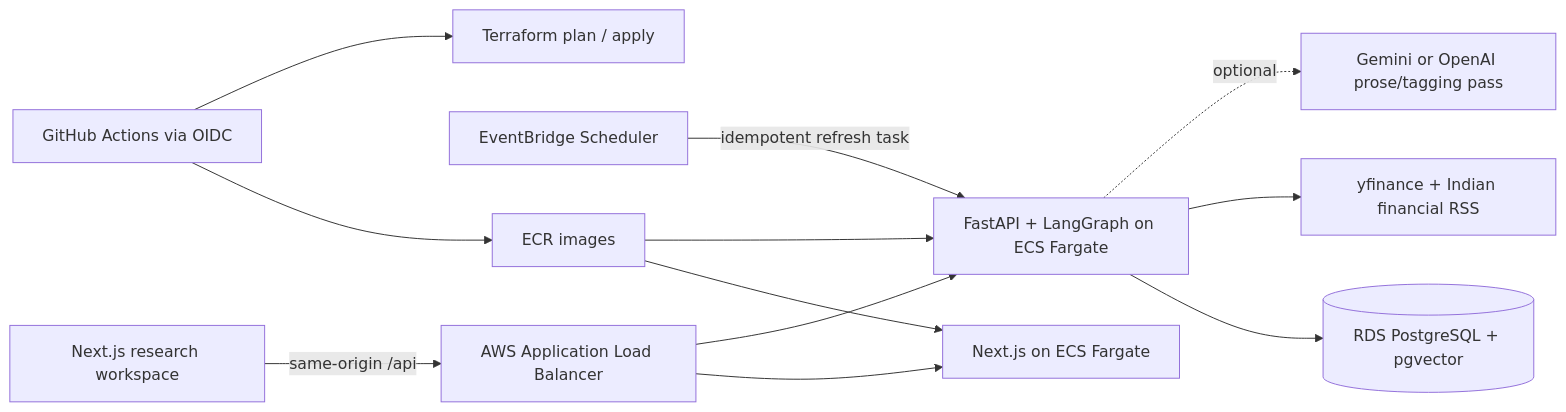
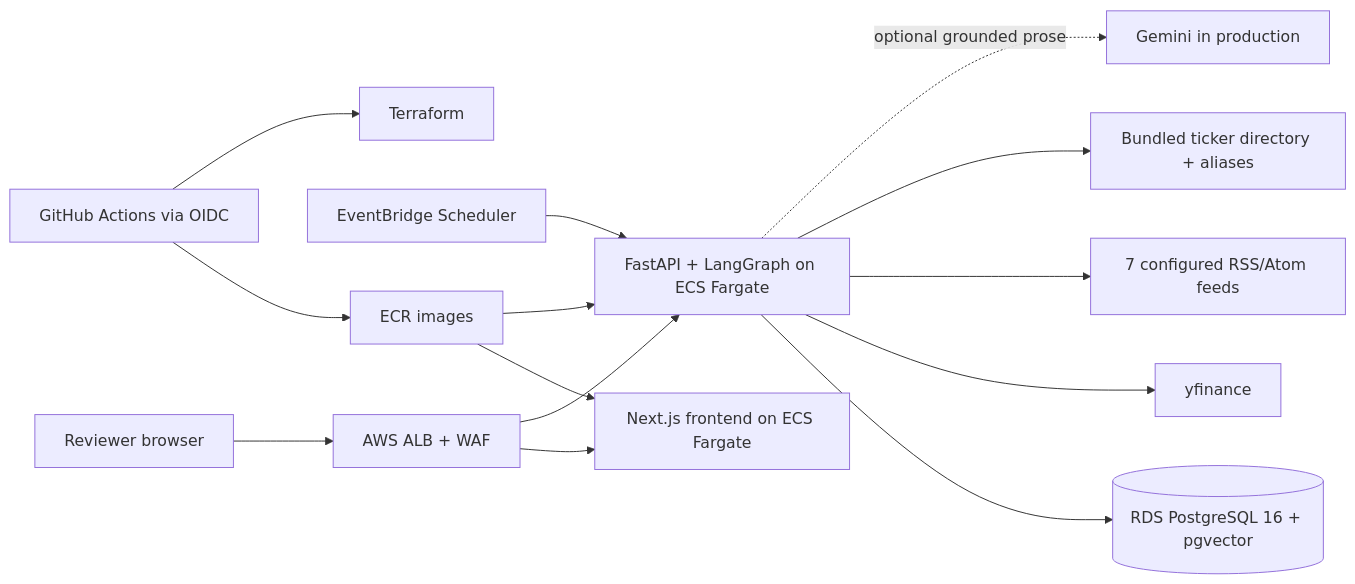
The diagram in README.md (palani1492/artha-indian-equity-analyst), drawn with Mermaid before and after one commit. The commit also changed other lines of this file and 1 other file, not shown here.

Commit message:
docs: align reviewer guide with deployed system

````diff
--- a/README.md
+++ b/README.md
@@ -55,14 +35,16 @@
 ```mermaid
 flowchart LR
-  Browser["Next.js research workspace"] -->|"same-origin /api"| ALB["AWS Application Load Balancer"]
-  ALB --> Web["Next.js on ECS Fargate"]
-  ALB --> API["FastAPI + LangGraph on ECS Fargate"]
-  API --> DB[("RDS PostgreSQL + pgvector")]
-  API --> Sources["yfinance + Indian financial RSS"]
-  API -. optional .-> AI["Gemini or OpenAI prose/tagging pass"]
-  Scheduler["EventBridge Scheduler"] -->|"idempotent refresh task"| API
-  GHA["GitHub Actions via OIDC"] --> ECR["ECR images"]
-  GHA --> Terraform["Terraform plan / apply"]
-  ECR --> Web
+  U[Reviewer browser] --> ALB[AWS ALB + WAF]
+  ALB --> FE[Next.js frontend on ECS Fargate]
+  ALB --> API[FastAPI + LangGraph on ECS Fargate]
+  API --> DB[(RDS PostgreSQL 16 + pgvector)]
+  API --> YF[yfinance]
+  API --> RSS[7 configured RSS/Atom feeds]
+  API --> DIR[Bundled ticker directory + aliases]
+  API -. optional grounded prose .-> GEM[Gemini in production]
+  SCHED[EventBridge Scheduler] --> API
+  GHA[GitHub Actions via OIDC] --> ECR[ECR images]
+  GHA --> TF[Terraform]
+  ECR --> FE
   ECR --> API
 ```
````
